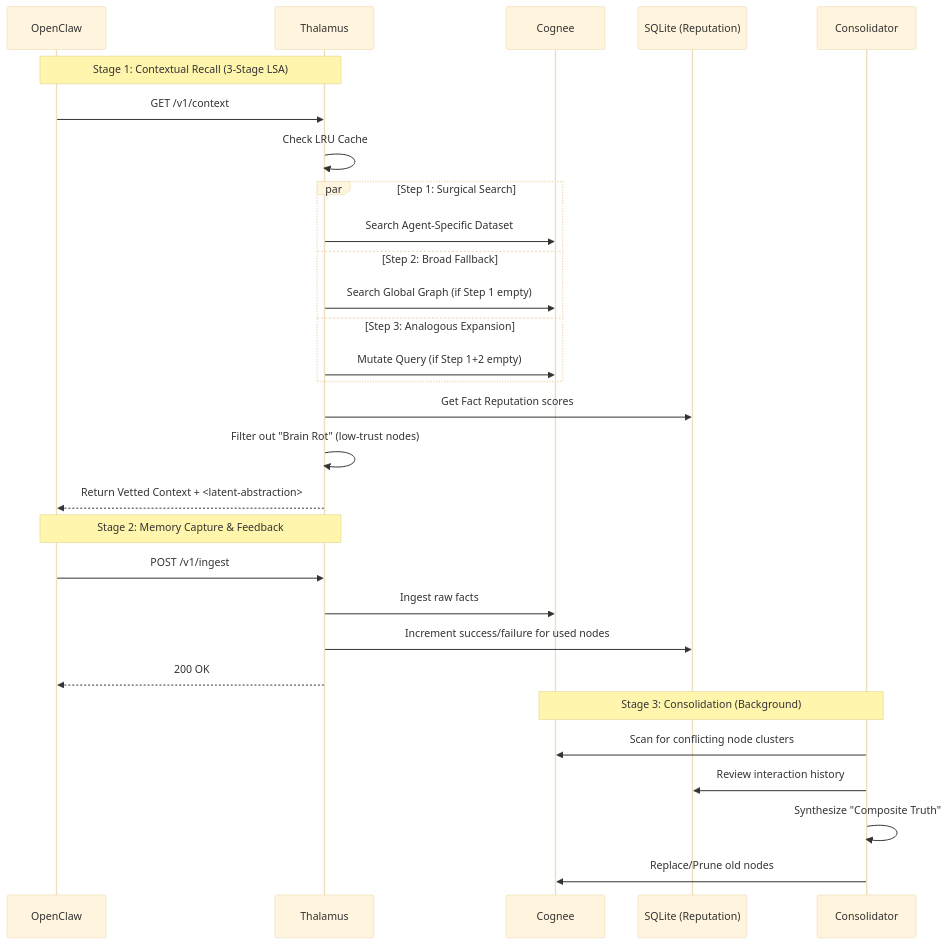
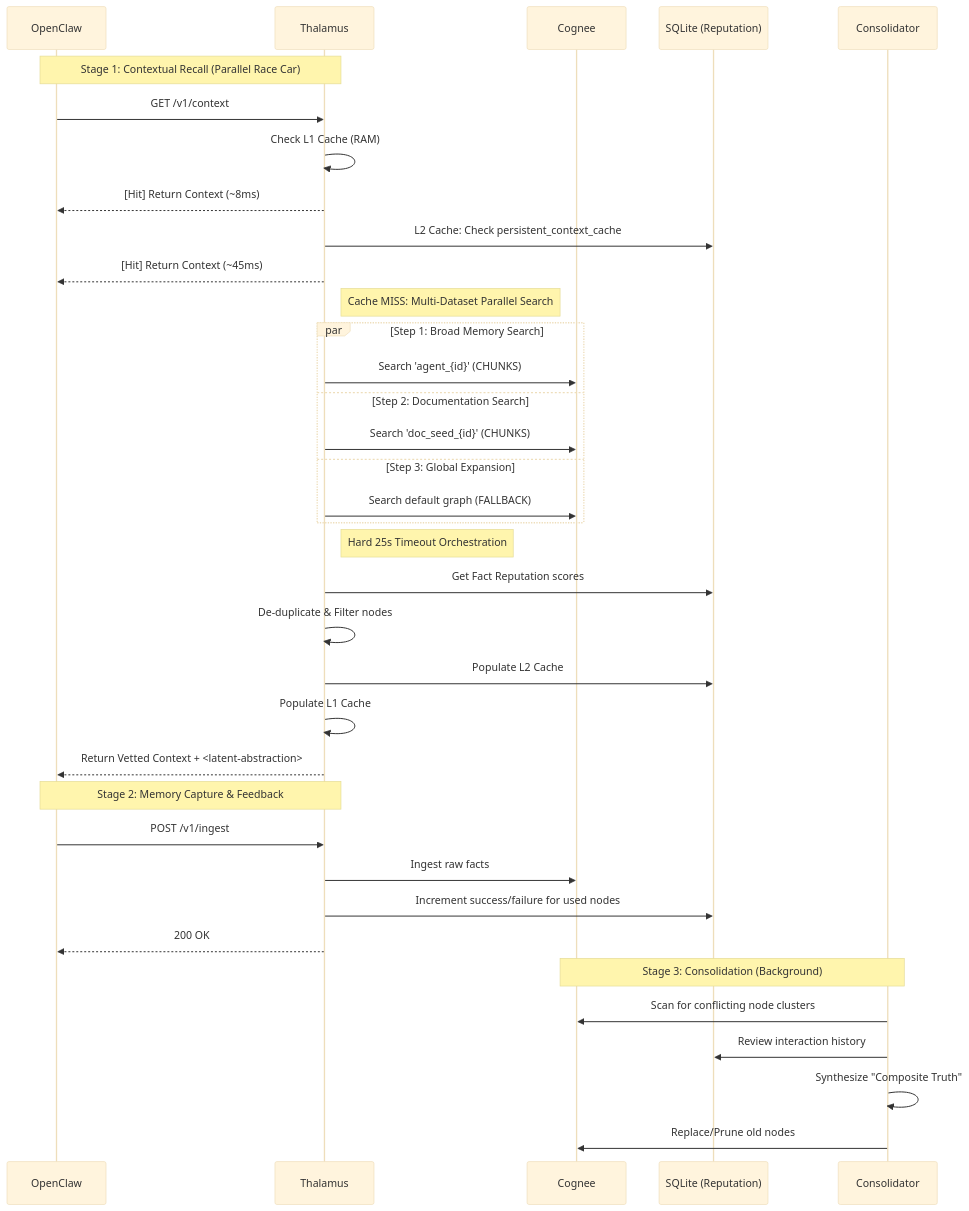
The second of 2 diagrams in docs/architecture.md (JuanHuaXu/thalamus), drawn with Mermaid (base theme) before and after one commit. The commit also changed other lines of this file and 10 other files, not shown here.

````diff
--- a/docs/architecture.md
+++ b/docs/architecture.md
@@ -52,34 +54,45 @@
 ```mermaid
 sequenceDiagram
     participant OC as OpenClaw
     participant MW as Thalamus
     participant CG as Cognee
     participant SL as SQLite (Reputation)
     participant CE as Consolidator
     
-    Note over OC,MW: Stage 1: Contextual Recall (3-Stage LSA)
+    Note over OC,MW: Stage 1: Contextual Recall (Parallel Race Car)
     OC->>MW: GET /v1/context
-    MW->>MW: Check LRU Cache
-    par Step 1: Surgical Search
-        MW->>CG: Search Agent-Specific Dataset
-    and Step 2: Broad Fallback
-        MW->>CG: Search Global Graph (if Step 1 empty)
-    and Step 3: Analogous Expansion
-        MW->>CG: Mutate Query (if Step 1+2 empty)
+    MW->>MW: Check L1 Cache (RAM)
+    MW-->>OC: [Hit] Return Context (~8ms)
+    
+    MW->>SL: L2 Cache: Check persistent_context_cache
+    MW-->>OC: [Hit] Return Context (~45ms)
+
+    Note right of MW: Cache MISS: Multi-Dataset Parallel Search
+    par Step 1: Broad Memory Search
+        MW->>CG: Search 'agent_{id}' (CHUNKS)
+    and Step 2: Documentation Search
+        MW->>CG: Search 'doc_seed_{id}' (CHUNKS)
+    and Step 3: Global Expansion
+        MW->>CG: Search default graph (FALLBACK)
     end
+    
+    Note right of MW: Hard 25s Timeout Orchestration
+    
     MW->>SL: Get Fact Reputation scores
-    MW->>MW: Filter out "Brain Rot" (low-trust nodes)
+    MW->>MW: De-duplicate & Filter nodes
+    MW->>SL: Populate L2 Cache
+    MW->>MW: Populate L1 Cache
     MW-->>OC: Return Vetted Context + <latent-abstraction>
     
     Note over OC,MW: Stage 2: Memory Capture & Feedback
     OC->>MW: POST /v1/ingest
     MW->>CG: Ingest raw facts
     MW->>SL: Increment success/failure for used nodes
     MW-->>OC: 200 OK
     
     Note over CE,CG: Stage 3: Consolidation (Background)
     CE->>CG: Scan for conflicting node clusters
     CE->>SL: Review interaction history
     CE->>CE: Synthesize "Composite Truth"
     CE->>CG: Replace/Prune old nodes
 ```
````
